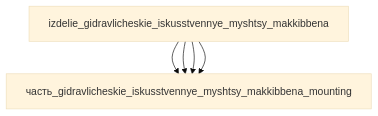
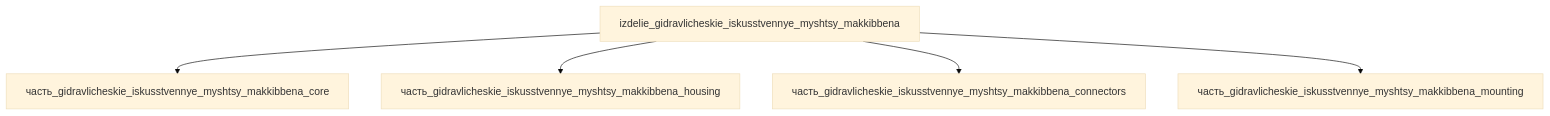
Before and after one commit to a-m-e-n-t-e-t/SkyNet: the diagram in реальные данные/изделия/приводная_система/gidravlicheskie_iskusstvennye_myshtsy_makkibbena/_index.md, drawn with Mermaid (base theme). The commit also changed other lines of this file and 6 other files, not shown here.

````diff
--- a/реальные данные/изделия/приводная_система/gidravlicheskie_iskusstvennye_myshtsy_makkibbena/_index.md
+++ b/реальные данные/изделия/приводная_система/gidravlicheskie_iskusstvennye_myshtsy_makkibbena/_index.md
@@ -137,12 +166,12 @@
 ```mermaid
 graph TD
-    gidravlicheskie_isku["izdelie_gidravlicheskie_iskusstvennye_myshtsy_makkibbena"]
-    gidravlicheskie_iskusstve["часть_gidravlicheskie_iskusstvennye_myshtsy_makkibbena_core"]
-    gidravlicheskie_isku --> gidravlicheskie_iskusstve
-    gidravlicheskie_iskusstve["часть_gidravlicheskie_iskusstvennye_myshtsy_makkibbena_housing"]
-    gidravlicheskie_isku --> gidravlicheskie_iskusstve
-    gidravlicheskie_iskusstve["часть_gidravlicheskie_iskusstvennye_myshtsy_makkibbena_connectors"]
-    gidravlicheskie_isku --> gidravlicheskie_iskusstve
-    gidravlicheskie_iskusstve["часть_gidravlicheskie_iskusstvennye_myshtsy_makkibbena_mounting"]
-    gidravlicheskie_isku --> gidravlicheskie_iskusstve
+    izdelie_gidravlicheskie_iskusstvennye_myshtsy_makkibbena["izdelie_gidravlicheskie_iskusstvennye_myshtsy_makkibbena"]
+    ______gidravlicheskie_iskusstvennye_myshtsy_makkibbena_core["часть_gidravlicheskie_iskusstvennye_myshtsy_makkibbena_core"]
+    izdelie_gidravlicheskie_iskusstvennye_myshtsy_makkibbena --> ______gidravlicheskie_iskusstvennye_myshtsy_makkibbena_core
+    ______gidravlicheskie_iskusstvennye_myshtsy_makkibbena_housing["часть_gidravlicheskie_iskusstvennye_myshtsy_makkibbena_housing"]
+    izdelie_gidravlicheskie_iskusstvennye_myshtsy_makkibbena --> ______gidravlicheskie_iskusstvennye_myshtsy_makkibbena_housing
+    ______gidravlicheskie_iskusstvennye_myshtsy_makkibbena_connectors["часть_gidravlicheskie_iskusstvennye_myshtsy_makkibbena_connectors"]
+    izdelie_gidravlicheskie_iskusstvennye_myshtsy_makkibbena --> ______gidravlicheskie_iskusstvennye_myshtsy_makkibbena_connectors
+    ______gidravlicheskie_iskusstvennye_myshtsy_makkibbena_mounting["часть_gidravlicheskie_iskusstvennye_myshtsy_makkibbena_mounting"]
+    izdelie_gidravlicheskie_iskusstvennye_myshtsy_makkibbena --> ______gidravlicheskie_iskusstvennye_myshtsy_makkibbena_mounting
 ```
````
